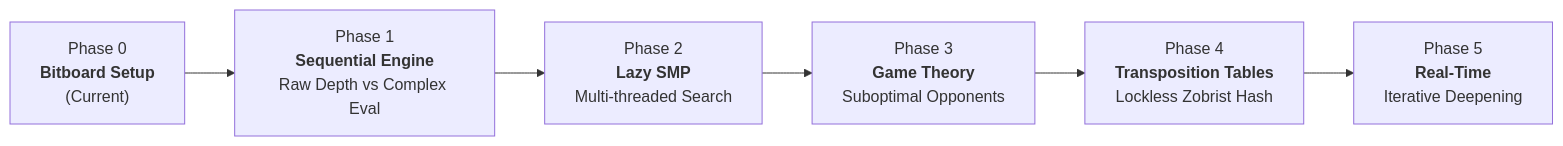
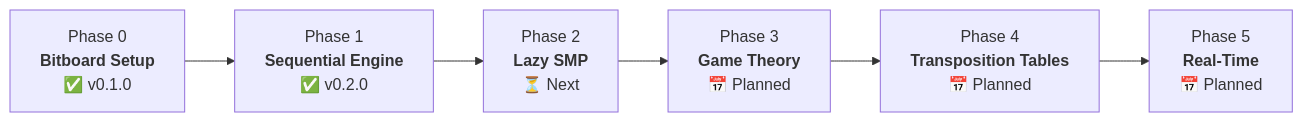
The diagram in README.md (a-delavega/minimax-parallel-benchmark), drawn with Mermaid before and after one commit. The commit also changed other lines of this file, not shown here.

Commit message:
docs: add phase roadmap table with release tags and update architecture diagram

````diff
--- a/README.md
+++ b/README.md
@@ -11,8 +22,8 @@
 ```mermaid
 flowchart LR
-    A["Phase 0<br/><b>Bitboard Setup</b><br/>(Current)"] --> B["Phase 1<br/><b>Sequential Engine</b><br/>Raw Depth vs Complex Eval"]
-    B --> C["Phase 2<br/><b>Lazy SMP</b><br/>Multi-threaded Search"]
-    C --> D["Phase 3<br/><b>Game Theory</b><br/>Suboptimal Opponents"]
-    D --> E["Phase 4<br/><b>Transposition Tables</b><br/>Lockless Zobrist Hash"]
-    E --> F["Phase 5<br/><b>Real-Time</b><br/>Iterative Deepening"]
+    A["Phase 0<br/><b>Bitboard Setup</b><br/>✅ v0.1.0"] --> B["Phase 1<br/><b>Sequential Engine</b><br/>✅ v0.2.0"]
+    B --> C["Phase 2<br/><b>Lazy SMP</b><br/>⏳ Next"]
+    C --> D["Phase 3<br/><b>Game Theory</b><br/>📅 Planned"]
+    D --> E["Phase 4<br/><b>Transposition Tables</b><br/>📅 Planned"]
+    E --> F["Phase 5<br/><b>Real-Time</b><br/>📅 Planned"]
 ```
````
